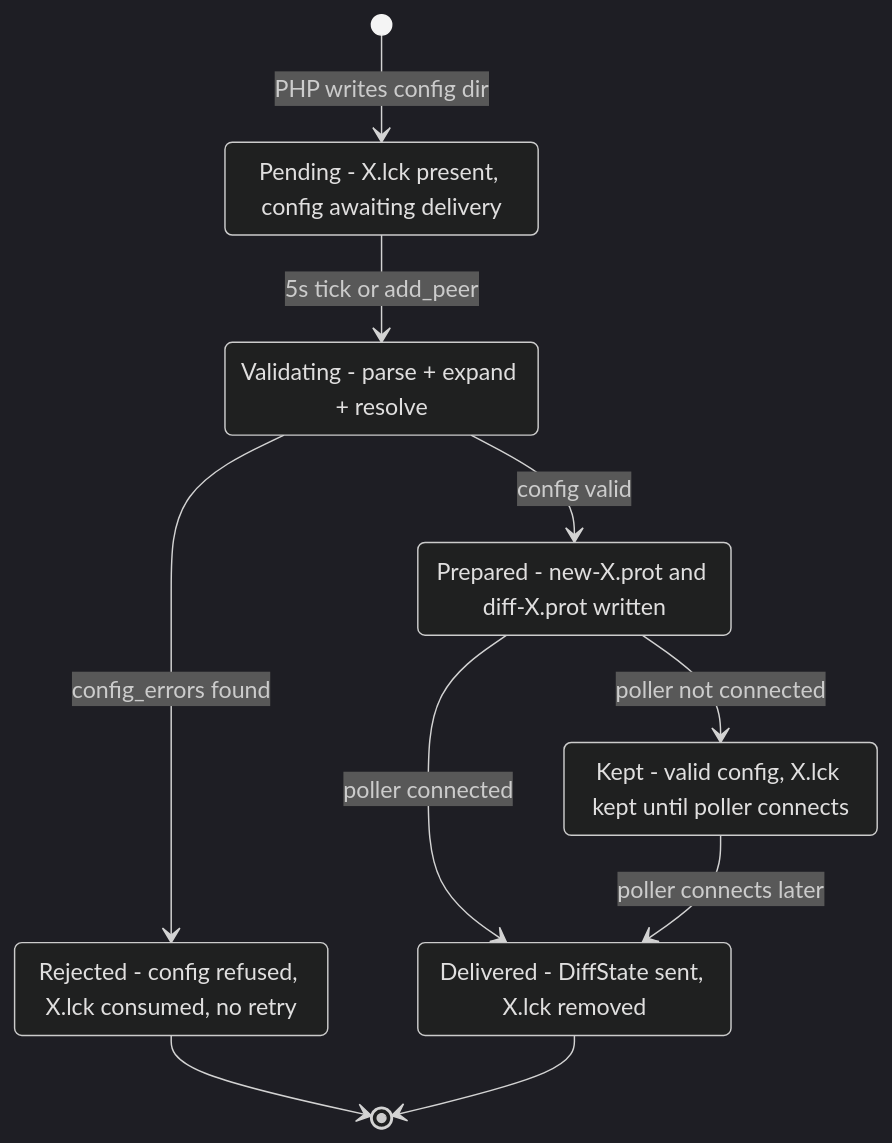
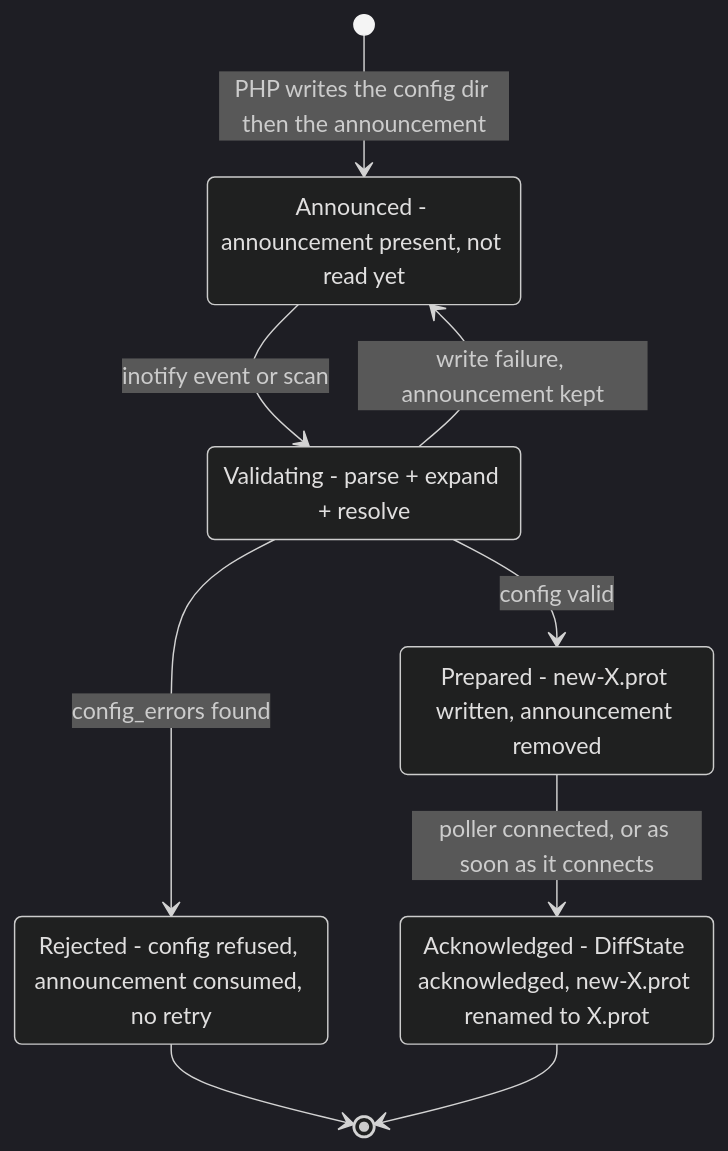
Before and after one commit to centreon/centreon-collect: the eighth of 43 diagrams in doc/nego-engine-broker-en.md, drawn with Mermaid (dark theme). The commit also changed other lines of this file and 26 other files, not shown here.

````diff
--- a/doc/nego-engine-broker-en.md
+++ b/doc/nego-engine-broker-en.md
@@ -562,18 +975,16 @@
 ```mermaid
 stateDiagram-v2
-    Pending: Pending - X.lck present, config awaiting delivery
+    Announced: Announced - announcement present, not read yet
     Validating: Validating - parse + expand + resolve
-    Rejected: Rejected - config refused, X.lck consumed, no retry
-    Prepared: Prepared - new-X.prot and diff-X.prot written
-    Kept: Kept - valid config, X.lck kept until poller connects
-    Delivered: Delivered - DiffState sent, X.lck removed
-    [*] --> Pending: PHP writes config dir
-    Pending --> Validating: 5s tick or add_peer
+    Rejected: Rejected - config refused, announcement consumed, no retry
+    Prepared: Prepared - new-X.prot written, announcement removed
+    Acknowledged: Acknowledged - DiffState acknowledged, new-X.prot renamed to X.prot
+    [*] --> Announced: PHP writes the config dir then the announcement
+    Announced --> Validating: inotify event or scan
     Validating --> Rejected: config_errors found
+    Validating --> Announced: write failure, announcement kept
     Validating --> Prepared: config valid
     Rejected --> [*]
-    Prepared --> Delivered: poller connected
-    Prepared --> Kept: poller not connected
-    Kept --> Delivered: poller connects later
-    Delivered --> [*]
+    Prepared --> Acknowledged: poller connected, or as soon as it connects
+    Acknowledged --> [*]
 ```
````
